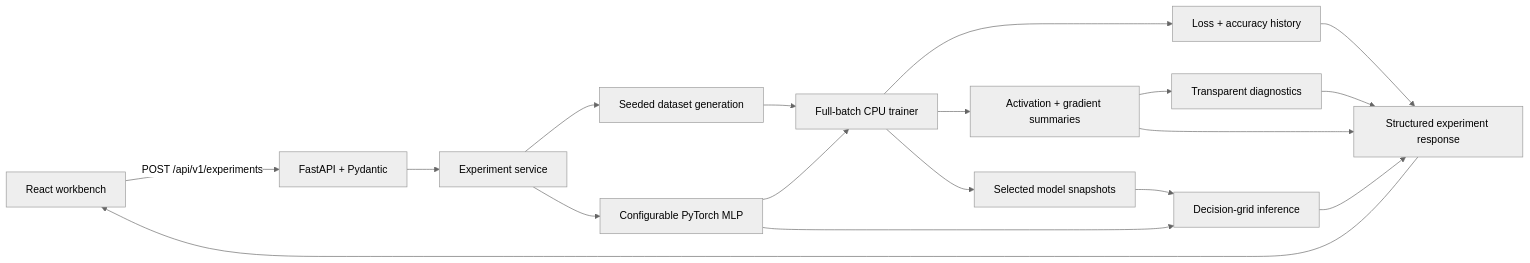
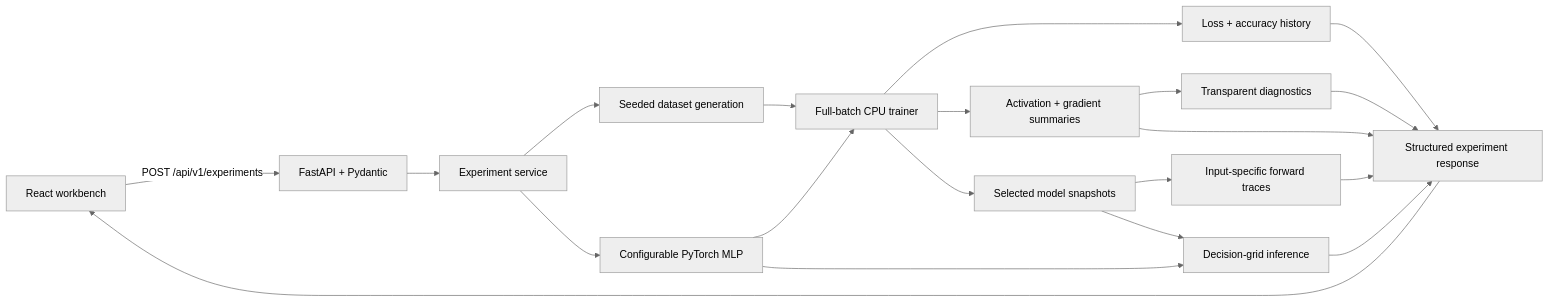
The diagram in README.md (ompatelz/NeuronScope), drawn with Mermaid (neutral theme) before and after one commit. The commit also changed other lines of this file and 20 other files, not shown here.

````diff
--- a/README.md
+++ b/README.md
@@ -46,20 +48,22 @@
 ```mermaid
 flowchart LR
     UI[React workbench] -->|POST /api/v1/experiments| API[FastAPI + Pydantic]
     API --> SERVICE[Experiment service]
     SERVICE --> DATA[Seeded dataset generation]
     SERVICE --> MODEL[Configurable PyTorch MLP]
     DATA --> TRAIN[Full-batch CPU trainer]
     MODEL --> TRAIN
     TRAIN --> METRICS[Loss + accuracy history]
     TRAIN --> HOOKS[Activation + gradient summaries]
     HOOKS --> RULES[Transparent diagnostics]
     TRAIN --> PLAYBACK[Selected model snapshots]
+    PLAYBACK --> TRACE[Input-specific forward traces]
     MODEL --> BOUNDARY[Decision-grid inference]
     PLAYBACK --> BOUNDARY
     METRICS --> RESPONSE[Structured experiment response]
     HOOKS --> RESPONSE
     RULES --> RESPONSE
     BOUNDARY --> RESPONSE
+    TRACE --> RESPONSE
     RESPONSE --> UI
 ```
````
